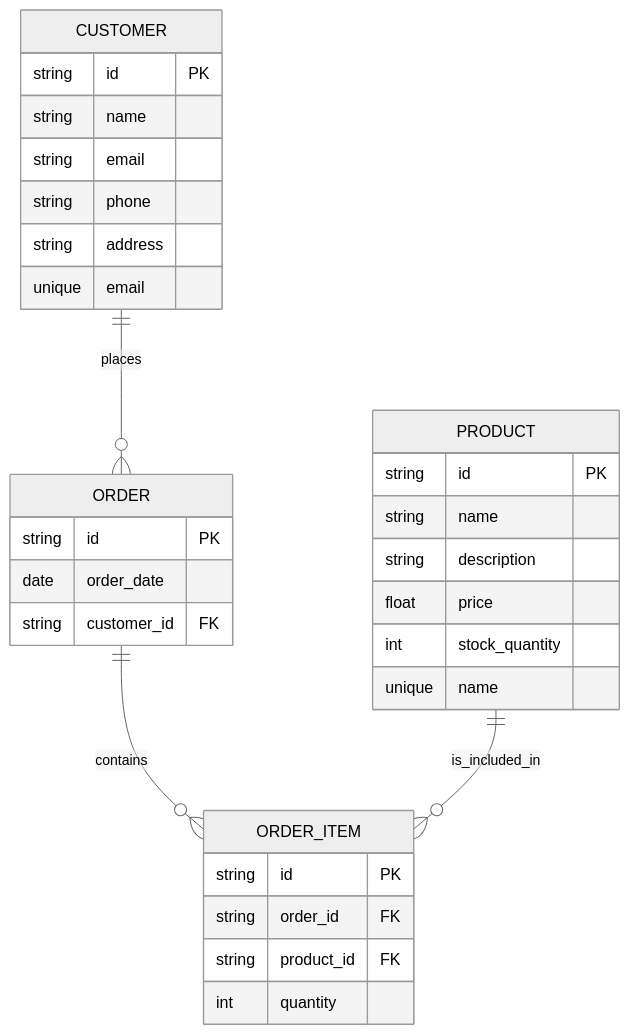
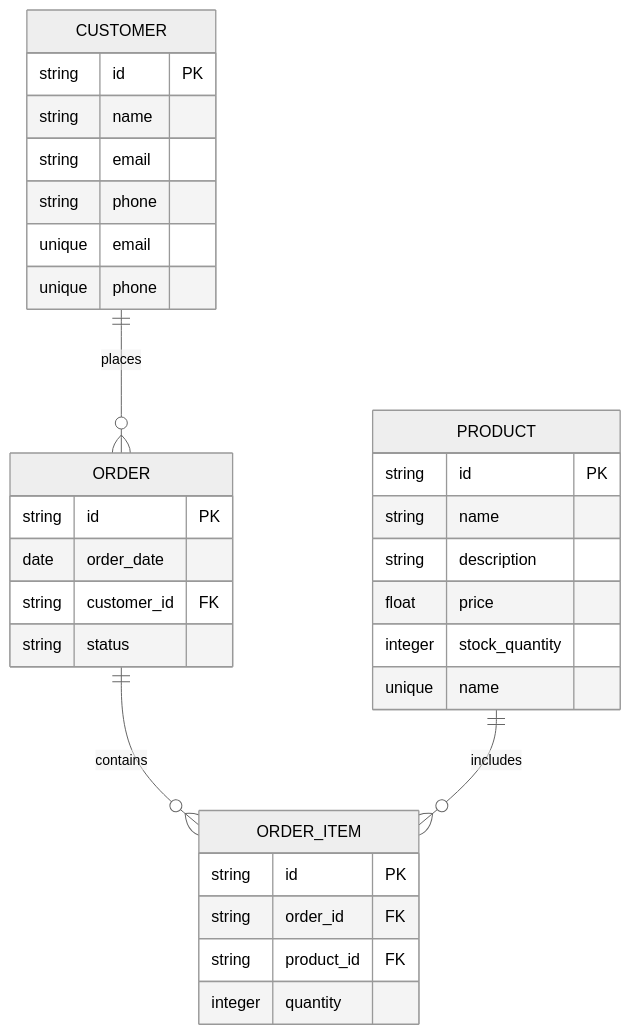
The diagram in artifacts/8933ddfa-1988-4cf0-8187-7e2606243111.md (Dev41-artifacts/ice-cream-factory_96c4c402-3fa0-40b6-820f-2ed5a1b46368), drawn with Mermaid (neutral theme) before and after one commit. The commit also changed other lines of this file, not shown here.

Commit message:
Update artifact for ER Diagram

````diff
--- a/artifacts/8933ddfa-1988-4cf0-8187-7e2606243111.md
+++ b/artifacts/8933ddfa-1988-4cf0-8187-7e2606243111.md
@@ -3,39 +3,40 @@
 ```mermaid
 erDiagram
     CUSTOMER {
         string id PK
         string name
         string email
         string phone
-        string address
     }
     PRODUCT {
         string id PK
         string name
         string description
         float price
-        int stock_quantity
+        integer stock_quantity
     }
     ORDER {
         string id PK
         date order_date
         string customer_id FK
+        string status
     }
     ORDER_ITEM {
         string id PK
         string order_id FK
         string product_id FK
-        int quantity
+        integer quantity
     }
-
+    
     CUSTOMER ||--o{ ORDER : places
     ORDER ||--o{ ORDER_ITEM : contains
-    PRODUCT ||--o{ ORDER_ITEM : is_included_in
+    PRODUCT ||--o{ ORDER_ITEM : includes
 
     CUSTOMER {
         unique email
+        unique phone
     }
     PRODUCT {
         unique name
     }
 ```
````
